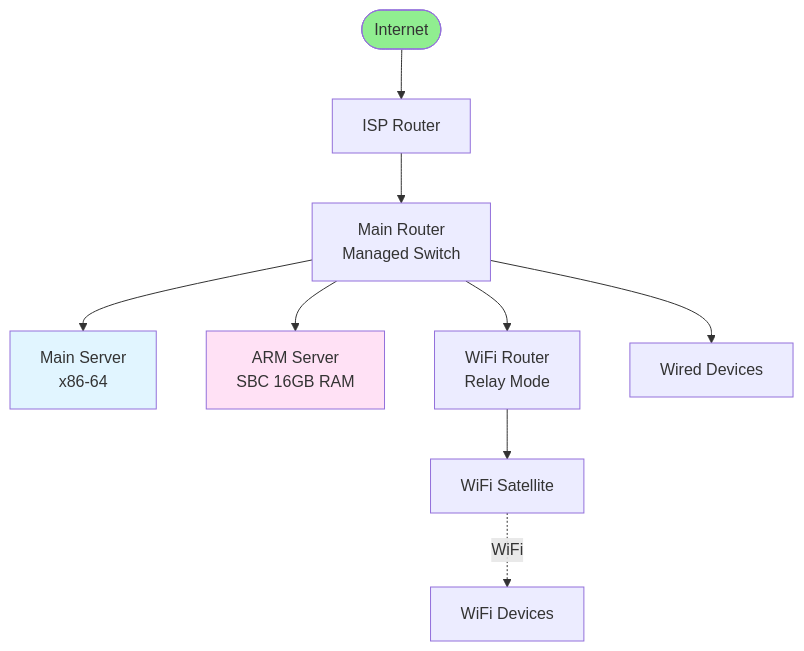
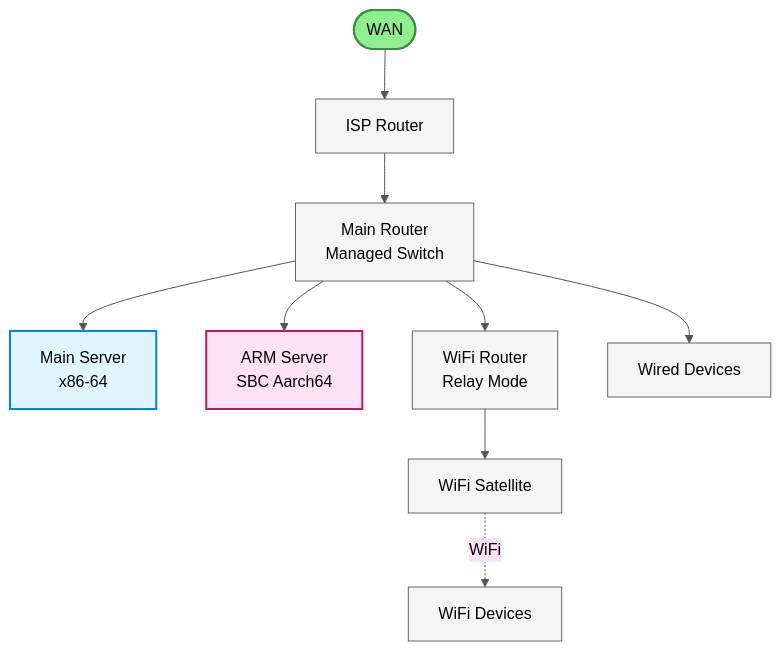
Before and after one commit to VVHome/homelab-infrastructure: the first of 4 diagrams in README.md, drawn with Mermaid. The commit also changed other lines of this file, not shown here.

Commit message:
Update README to enhance network architecture and service details

````diff
--- a/README.md
+++ b/README.md
@@ -9,25 +9,32 @@
 ```mermaid
+%%{init: {'theme':'base', 'themeVariables': { 'primaryColor':'#e1f5ff','primaryTextColor':'#000','primaryBorderColor':'#0288d1','lineColor':'#555','secondaryColor':'#ffe1f5','tertiaryColor':'#90EE90','noteTextColor':'#000','noteBkgColor':'#fff3cd'}}}%%
 graph TB
-    Internet([Internet])
+    WAN([WAN])
     ISP[ISP Router]
     Router[Main Router<br/>Managed Switch]
     Server1[Main Server<br/>x86-64]
-    Server2[ARM Server<br/>SBC 16GB RAM]
+    Server2[ARM Server<br/>SBC Aarch64]
     Orbi[WiFi Router<br/>Relay Mode]
     Satellite[WiFi Satellite]
     Devices[Wired Devices]
     WiFi[WiFi Devices]
     
-    Internet --> ISP
+    WAN --> ISP
     ISP --> Router
     Router --> Server1
     Router --> Server2
     Router --> Orbi
     Router --> Devices
     Orbi --> Satellite
     Satellite -.WiFi.-> WiFi
     
-    style Server1 fill:#e1f5ff
-    style Server2 fill:#ffe1f5
-    style Internet fill:#90EE90
+    style Server1 fill:#e1f5ff,stroke:#0288d1,stroke-width:2px,color:#000
+    style Server2 fill:#ffe1f5,stroke:#c2185b,stroke-width:2px,color:#000
+    style WAN fill:#90EE90,stroke:#388e3c,stroke-width:2px,color:#000
+    style ISP fill:#f5f5f5,stroke:#666,color:#000
+    style Router fill:#f5f5f5,stroke:#666,color:#000
+    style Orbi fill:#f5f5f5,stroke:#666,color:#000
+    style Satellite fill:#f5f5f5,stroke:#666,color:#000
+    style Devices fill:#f5f5f5,stroke:#666,color:#000
+    style WiFi fill:#f5f5f5,stroke:#666,color:#000
 ```
````
